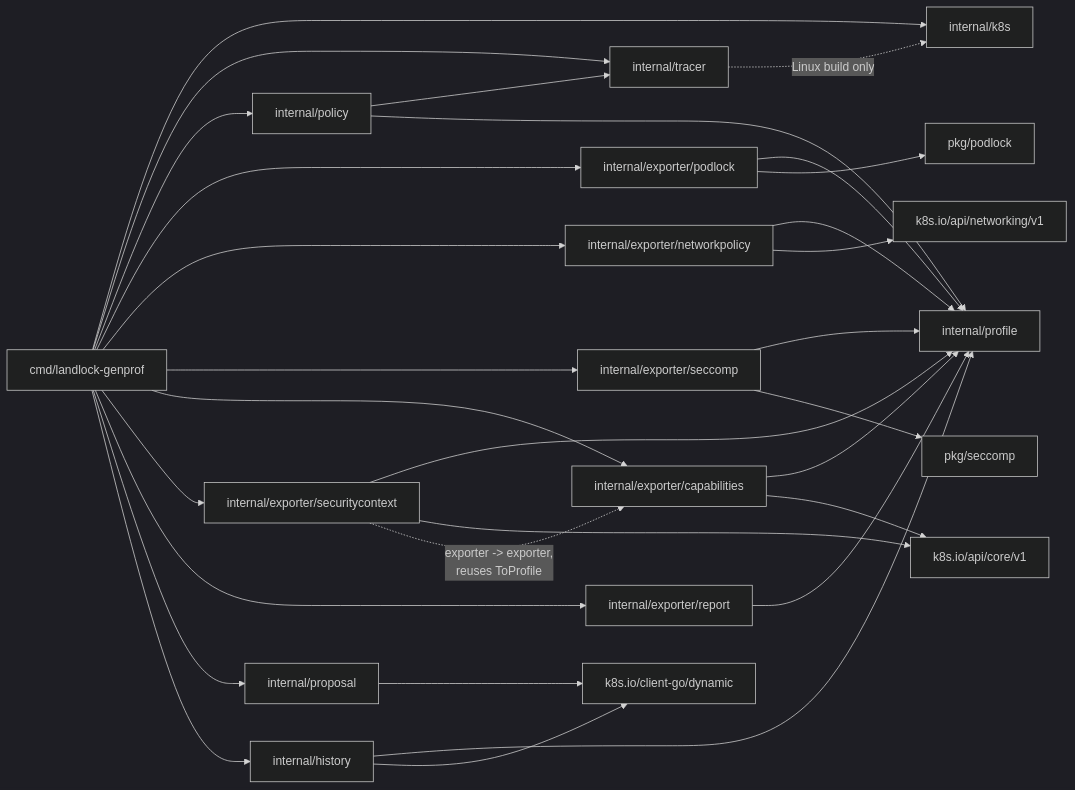
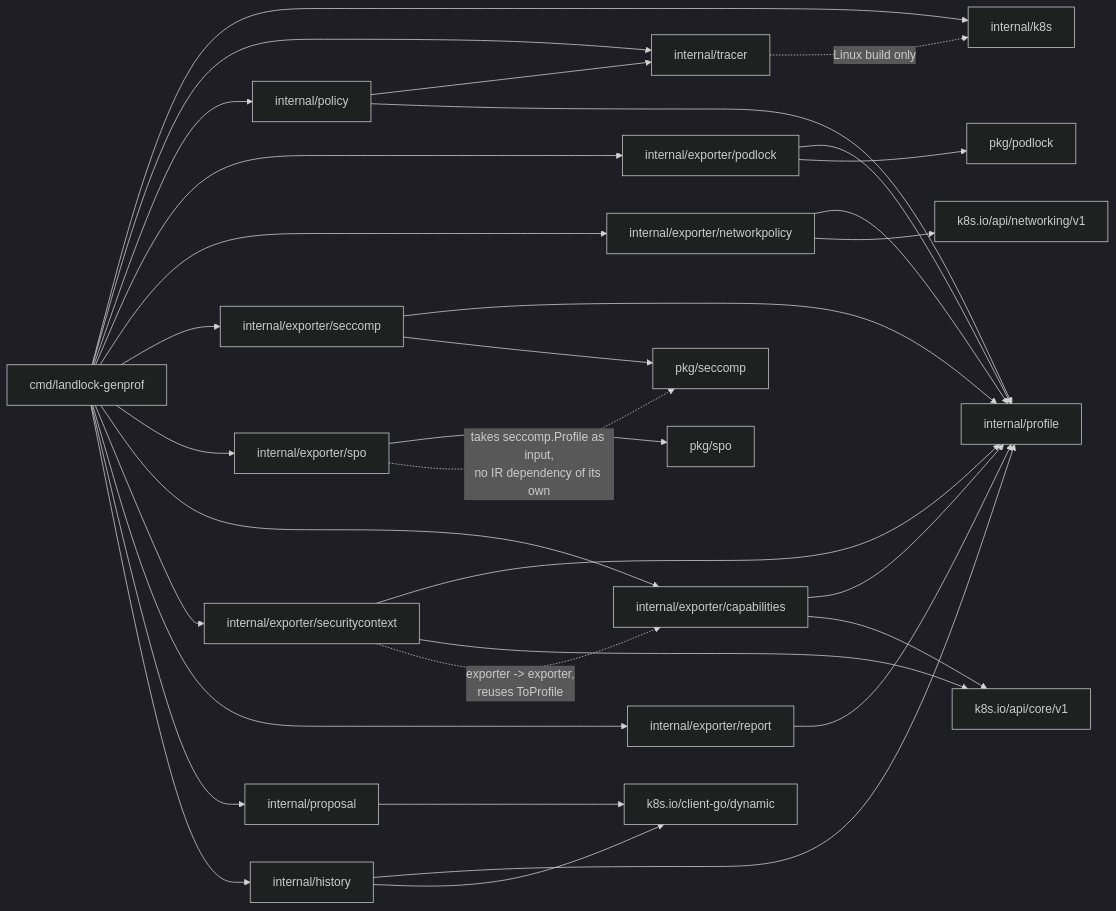
Before and after one commit to idriss-eliguene/landlock-genprof: the third of 3 diagrams in docs/architecture.md, drawn with Mermaid (dark theme). The commit also changed other lines of this file and 10 other files, not shown here.

First line of the commit message:
feat(seccomp): generate a security-profiles-operator SeccompProfile CR

````diff
--- a/docs/architecture.md
+++ b/docs/architecture.md
@@ -347,51 +358,56 @@
 ```mermaid
 flowchart LR
     cmd["cmd/landlock-genprof"]
     k8s["internal/k8s"]
     tracer["internal/tracer"]
     policy["internal/policy"]
     ir["internal/profile"]
     exporter["internal/exporter/podlock"]
     podlock["pkg/podlock"]
     netexporter["internal/exporter/networkpolicy"]
     netpolicyapi["k8s.io/api/networking/v1"]
     seccompexporter["internal/exporter/seccomp"]
     seccomppkg["pkg/seccomp"]
+    spoexporter["internal/exporter/spo"]
+    spopkg["pkg/spo"]
     capexporter["internal/exporter/capabilities"]
     corev1api["k8s.io/api/core/v1"]
     scexporter["internal/exporter/securitycontext"]
     reportexporter["internal/exporter/report"]
     proposalpkg["internal/proposal"]
     history["internal/history"]
     dynamicclient["k8s.io/client-go/dynamic"]
 
     cmd --> k8s
     cmd --> tracer
     cmd --> policy
     cmd --> exporter
     cmd --> netexporter
     cmd --> seccompexporter
+    cmd --> spoexporter
     cmd --> capexporter
     cmd --> scexporter
     cmd --> reportexporter
     cmd --> proposalpkg
     cmd --> history
     policy --> tracer
     policy --> ir
     exporter --> ir
     exporter --> podlock
     netexporter --> ir
     netexporter --> netpolicyapi
     seccompexporter --> ir
     seccompexporter --> seccomppkg
+    spoexporter --> spopkg
+    spoexporter -. "takes seccomp.Profile as input,<br/>no IR dependency of its own" .-> seccomppkg
     capexporter --> ir
     capexporter --> corev1api
     scexporter --> ir
     scexporter --> corev1api
     scexporter -. "exporter -> exporter,<br/>reuses ToProfile" .-> capexporter
     reportexporter --> ir
     proposalpkg --> dynamicclient
     history --> ir
     history --> dynamicclient
     tracer -. "Linux build only" .-> k8s
 ```
````
